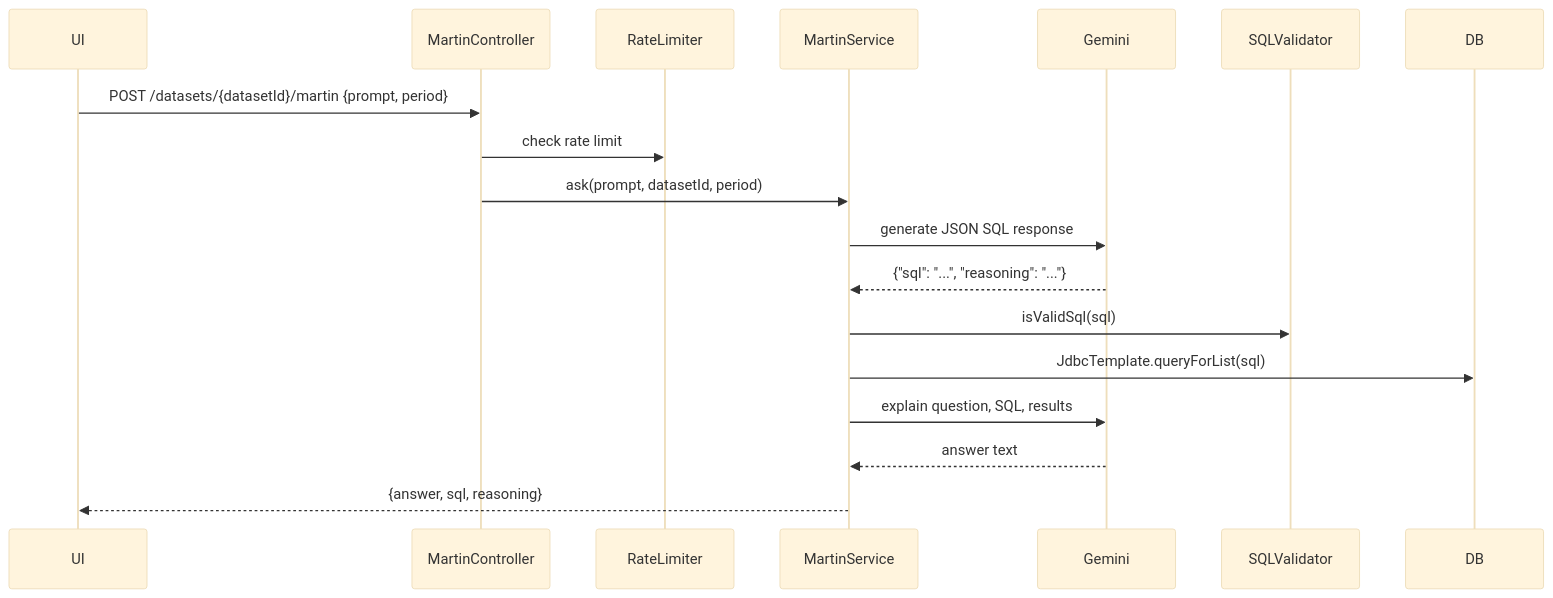
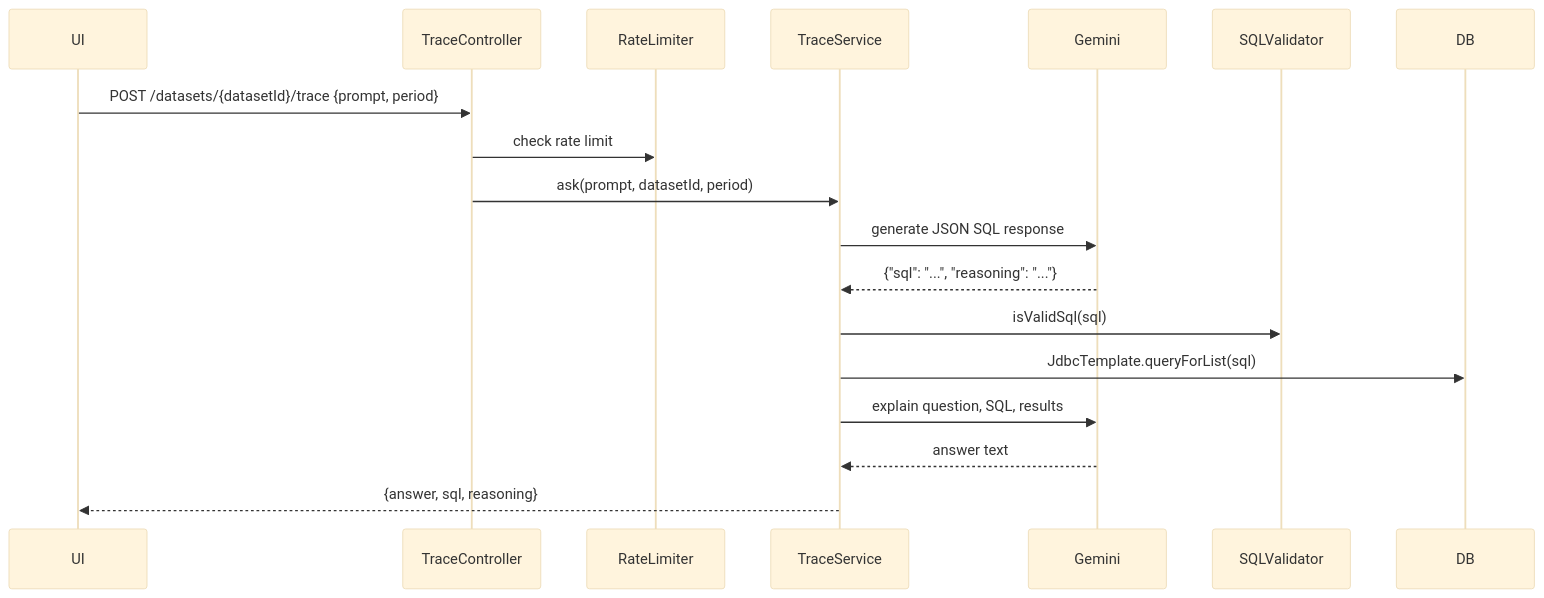
One commit to jawadazeem/Project-ETL changed the fifth of 5 diagrams in docs/product-system-documentation.md. Above: the diagram before and after it, drawn with Mermaid (base theme). The commit also changed other lines of this file and 36 other files, not shown here.

````diff
--- a/docs/product-system-documentation.md
+++ b/docs/product-system-documentation.md
@@ -592,20 +592,20 @@
 ```mermaid
 sequenceDiagram
     participant UI
-    participant MartinController
+    participant TraceController
     participant RateLimiter
-    participant MartinService
+    participant TraceService
     participant Gemini
     participant SQLValidator
     participant DB
-    UI->>MartinController: POST /datasets/{datasetId}/martin {prompt, period}
-    MartinController->>RateLimiter: check rate limit
-    MartinController->>MartinService: ask(prompt, datasetId, period)
-    MartinService->>Gemini: generate JSON SQL response
-    Gemini-->>MartinService: {"sql": "...", "reasoning": "..."}
-    MartinService->>SQLValidator: isValidSql(sql)
-    MartinService->>DB: JdbcTemplate.queryForList(sql)
-    MartinService->>Gemini: explain question, SQL, results
-    Gemini-->>MartinService: answer text
-    MartinService-->>UI: {answer, sql, reasoning}
+    UI->>TraceController: POST /datasets/{datasetId}/trace {prompt, period}
+    TraceController->>RateLimiter: check rate limit
+    TraceController->>TraceService: ask(prompt, datasetId, period)
+    TraceService->>Gemini: generate JSON SQL response
+    Gemini-->>TraceService: {"sql": "...", "reasoning": "..."}
+    TraceService->>SQLValidator: isValidSql(sql)
+    TraceService->>DB: JdbcTemplate.queryForList(sql)
+    TraceService->>Gemini: explain question, SQL, results
+    Gemini-->>TraceService: answer text
+    TraceService-->>UI: {answer, sql, reasoning}
 ```
````
